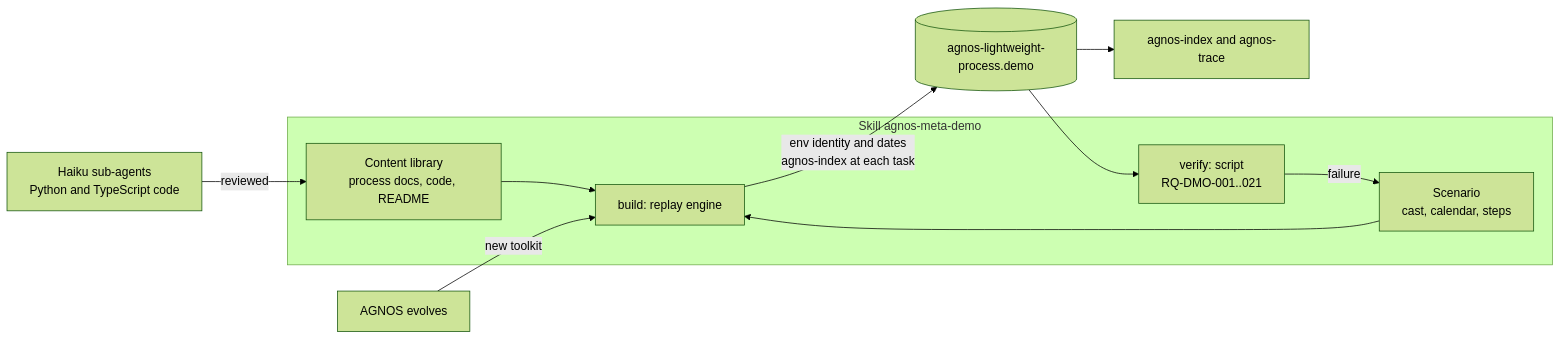
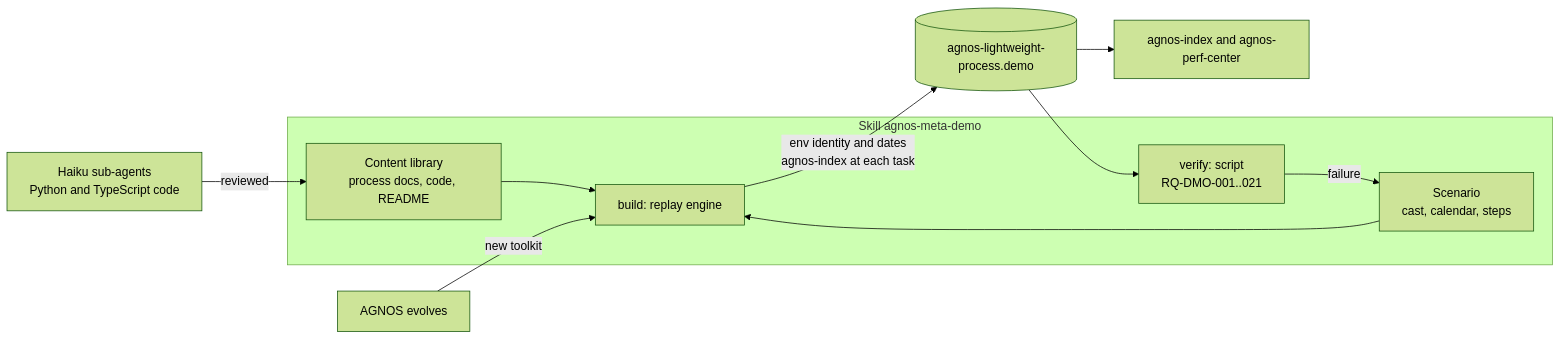
One commit to spashx/agnos changed the diagram in process/2.architecture/ADR-DMO-001-scripted-replay-of-a-simulated-project.md. Above: the diagram before and after it, drawn with Mermaid (forest theme). The commit also changed other lines of this file and 147 other files, not shown here.

Commit message:
refactor(TRC): ADR-TRC-013/TASK-TRC-089 agnos-trace becomes agnos-perf-center, as it monitors the process's execution on a project (RQ-TRC-104 to RQ-TRC-106)

````diff
--- a/process/2.architecture/ADR-DMO-001-scripted-replay-of-a-simulated-project.md
+++ b/process/2.architecture/ADR-DMO-001-scripted-replay-of-a-simulated-project.md
@@ -113,17 +114,17 @@
 ```mermaid
 flowchart LR
   subgraph SKILL[Skill agnos-meta-demo]
     LIB[Content library<br/>process docs, code, README]
     SCN[Scenario<br/>cast, calendar, steps]
     GEN[build: replay engine]
     VER[verify: script<br/>RQ-DMO-001..021]
   end
   LIB --> GEN
   SCN --> GEN
   HAI[Haiku sub-agents<br/>Python and TypeScript code] -->|reviewed| LIB
   GEN -->|env identity and dates<br/>agnos-index at each task| DEMO[(agnos-lightweight-process.demo)]
   DEMO --> VER
-  DEMO --> TR[agnos-index and agnos-trace]
+  DEMO --> TR[agnos-index and agnos-perf-center]
   VER -->|failure| SCN
   AGNOS[AGNOS evolves] -->|new toolkit| GEN
 ```
````
